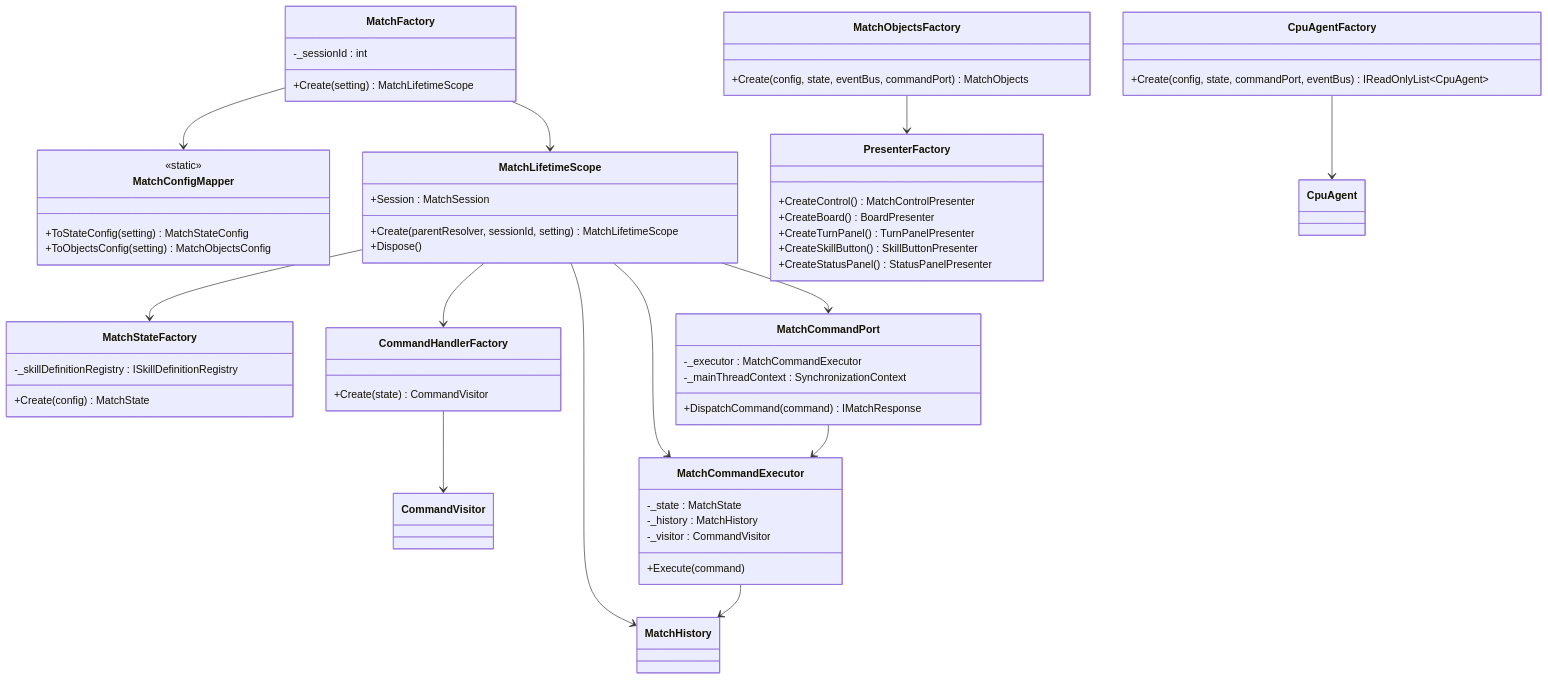
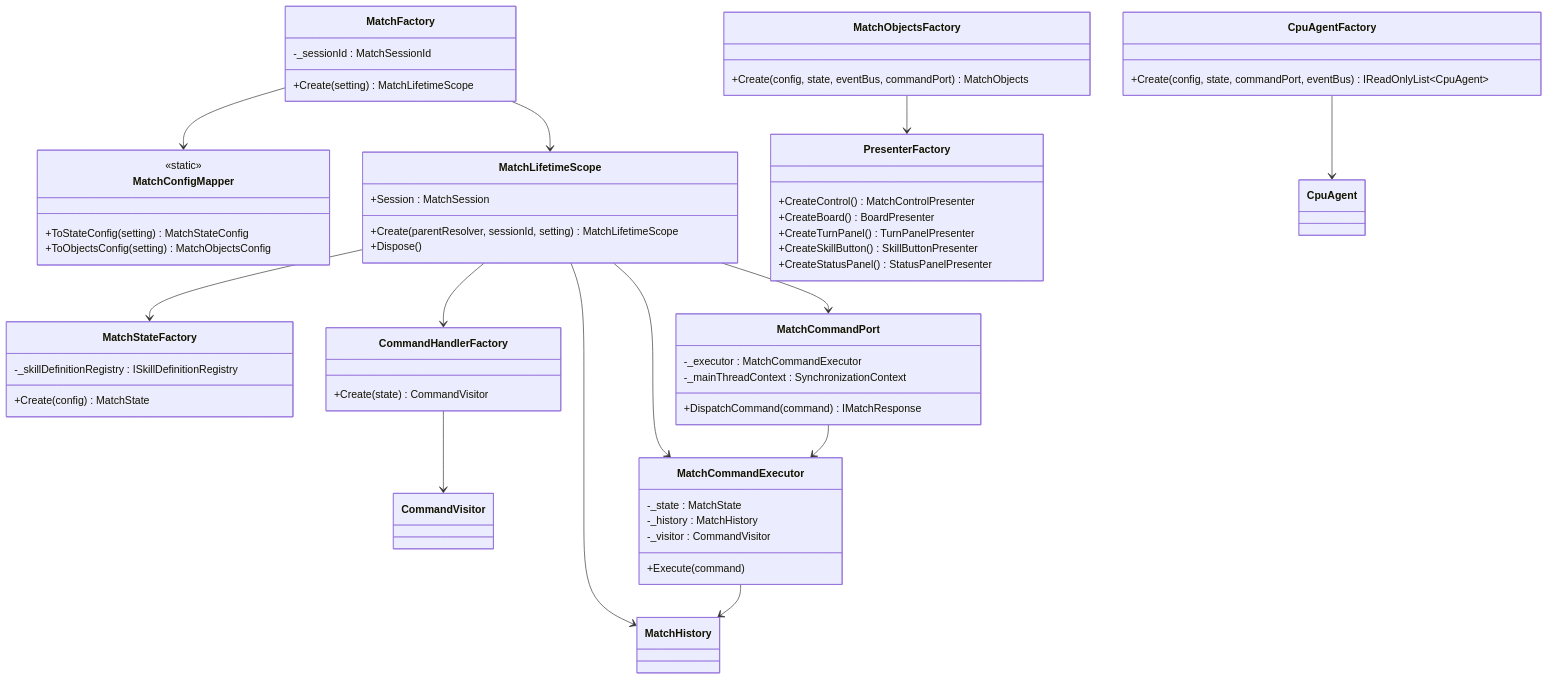
One commit to takaotokuno/unity-quoridor changed the first of 3 diagrams in docs/diagrams/application/match-composition-root.md. Above: the diagram before and after it, drawn with Mermaid. The commit also changed 9 other files, not shown here.

Commit message:
Introduce MatchSessionId value object

````diff
--- a/docs/diagrams/application/match-composition-root.md
+++ b/docs/diagrams/application/match-composition-root.md
@@ -5,70 +5,70 @@
 ```mermaid
 classDiagram
     class MatchFactory{
-        -_sessionId : int
+        -_sessionId : MatchSessionId
         +Create(setting) MatchLifetimeScope
     }
 
     class MatchLifetimeScope{
         +Session : MatchSession
         +Create(parentResolver, sessionId, setting) MatchLifetimeScope
         +Dispose()
     }
 
     class MatchStateFactory{
         -_skillDefinitionRegistry : ISkillDefinitionRegistry
         +Create(config) MatchState
     }
 
     class MatchCommandPort{
         -_executor : MatchCommandExecutor
         -_mainThreadContext : SynchronizationContext
         +DispatchCommand(command) IMatchResponse
     }
 
     class CommandHandlerFactory{
         +Create(state) CommandVisitor
     }
 
     class MatchCommandExecutor{
         -_state : MatchState
         -_history : MatchHistory
         -_visitor : CommandVisitor
         +Execute(command)
     }
 
     class MatchObjectsFactory{
         +Create(config, state, eventBus, commandPort) MatchObjects
     }
 
     class PresenterFactory{
         +CreateControl() MatchControlPresenter
         +CreateBoard() BoardPresenter
         +CreateTurnPanel() TurnPanelPresenter
         +CreateSkillButton() SkillButtonPresenter
         +CreateStatusPanel() StatusPanelPresenter
     }
 
     class CpuAgentFactory{
         +Create(config, state, commandPort, eventBus) IReadOnlyList~CpuAgent~
     }
 
     class MatchConfigMapper{
         <<static>>
         +ToStateConfig(setting) MatchStateConfig
         +ToObjectsConfig(setting) MatchObjectsConfig
     }
 
     MatchFactory --> MatchConfigMapper
     MatchFactory --> MatchLifetimeScope
     MatchLifetimeScope --> MatchStateFactory
     MatchLifetimeScope --> CommandHandlerFactory
     MatchLifetimeScope --> MatchHistory
     MatchLifetimeScope --> MatchCommandExecutor
     MatchLifetimeScope --> MatchCommandPort
     CommandHandlerFactory --> CommandVisitor
     MatchCommandPort --> MatchCommandExecutor
     MatchCommandExecutor --> MatchHistory
     MatchObjectsFactory --> PresenterFactory
     CpuAgentFactory --> CpuAgent
 ```
````
